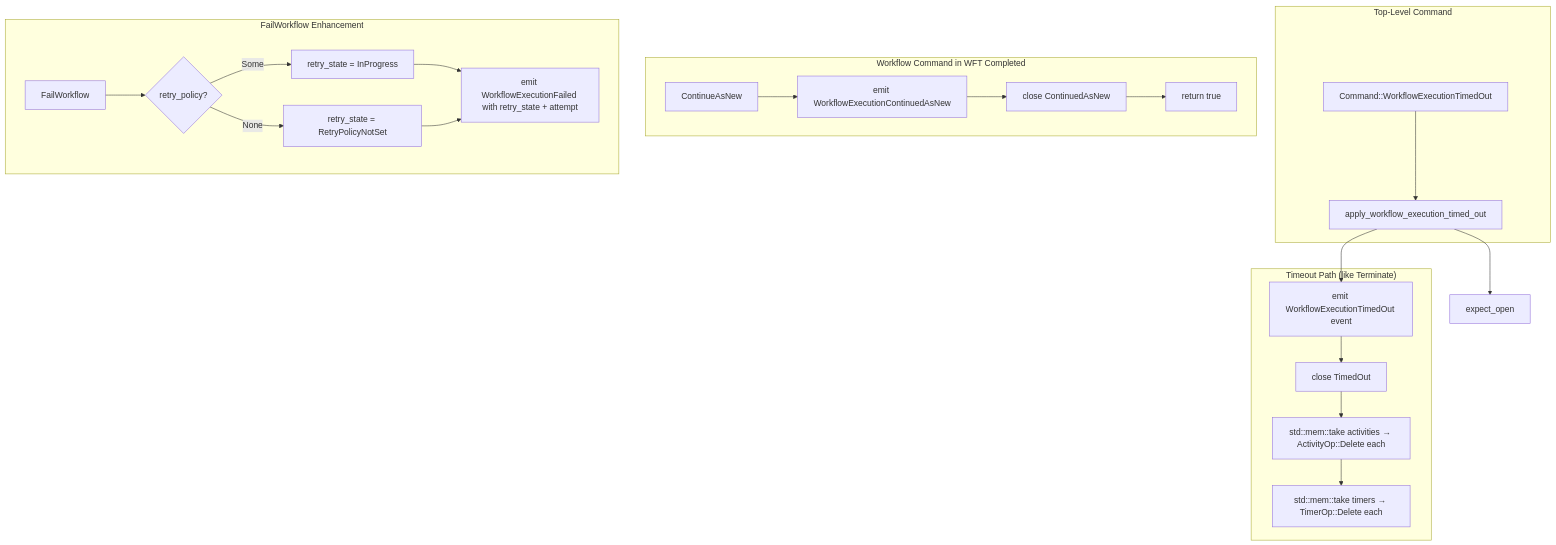
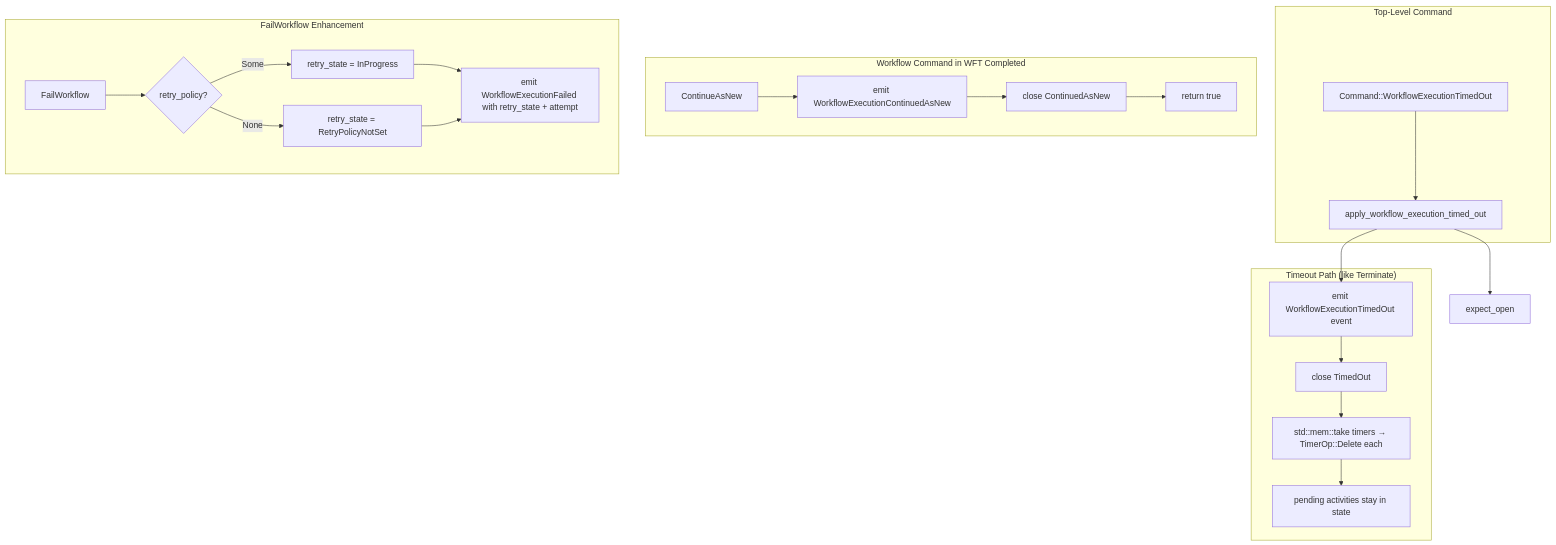
One commit to tokeira/tokeira changed the diagram in .kiro/specs/kernel-continue-as-new-timeout/design.md. Above: the diagram before and after it, drawn with Mermaid. The commit also changed other lines of this file and 15 other files, not shown here.

First line of the commit message:
spec(kernel): forced closes keep a run's pending activities

````diff
--- a/.kiro/specs/kernel-continue-as-new-timeout/design.md
+++ b/.kiro/specs/kernel-continue-as-new-timeout/design.md
@@ -17,29 +17,29 @@
 ```mermaid
 graph TD
     subgraph "Top-Level Command"
         C1[Command::WorkflowExecutionTimedOut] --> AET[apply_workflow_execution_timed_out]
     end
 
     AET --> EO[expect_open]
 
     subgraph "Timeout Path (like Terminate)"
         AET --> E1[emit WorkflowExecutionTimedOut event]
         E1 --> CL1[close TimedOut]
-        CL1 --> CLEANUP1["std::mem::take activities → ActivityOp::Delete each"]
-        CLEANUP1 --> CLEANUP2["std::mem::take timers → TimerOp::Delete each"]
+        CL1 --> CLEANUP1["std::mem::take timers → TimerOp::Delete each"]
+        CLEANUP1 --> KEEP1["pending activities stay in state"]
     end
 
     subgraph "Workflow Command in WFT Completed"
         CAN[ContinueAsNew] --> E2[emit WorkflowExecutionContinuedAsNew]
         E2 --> CL2[close ContinuedAsNew]
         CL2 --> RET[return true]
     end
 
     subgraph "FailWorkflow Enhancement"
         FW[FailWorkflow] --> CHECK{retry_policy?}
         CHECK -->|Some| RP1["retry_state = InProgress"]
         CHECK -->|None| RP2["retry_state = RetryPolicyNotSet"]
         RP1 --> EMIT["emit WorkflowExecutionFailed with retry_state + attempt"]
         RP2 --> EMIT
     end
 ```
````
